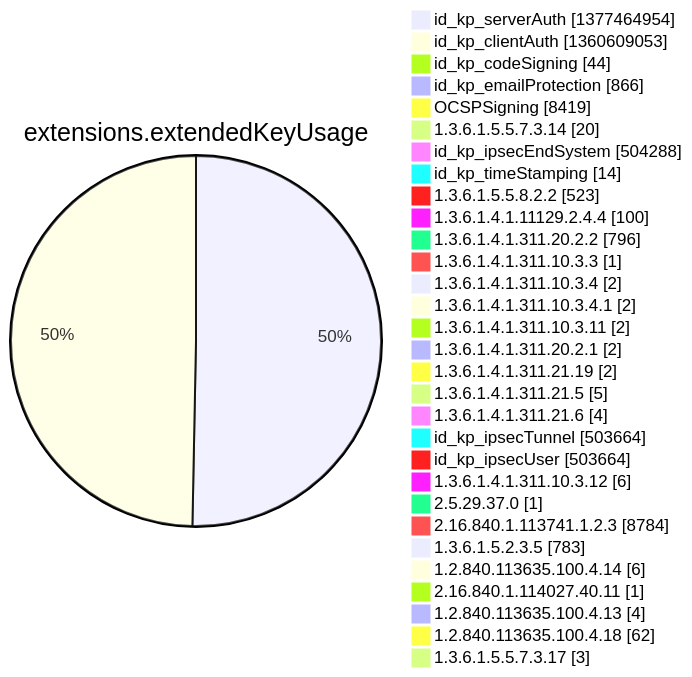
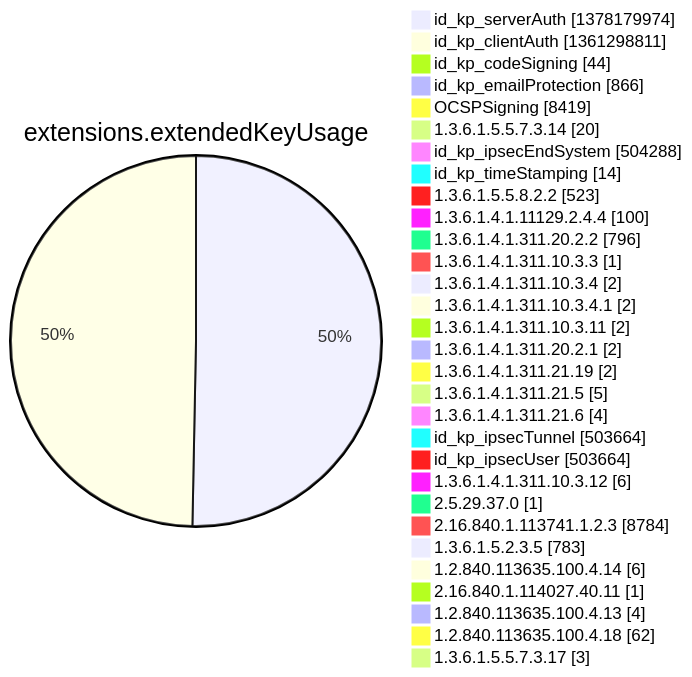
Diagram 12 of 15 in argon2022/README.md (christiankrug/ctmonitor_visualization), drawn with Mermaid before and after one commit. The commit also changed other lines of this file, not shown here.

````diff
--- a/argon2022/README.md
+++ b/argon2022/README.md
@@ -3553,34 +3554,34 @@
 ```mermaid
 pie showData
 title extensions.extendedKeyUsage
-"id_kp_serverAuth" :1377464954
-"id_kp_clientAuth" :1360609053
+"id_kp_serverAuth" :1378179974
+"id_kp_clientAuth" :1361298811
 "id_kp_codeSigning" :44
 "id_kp_emailProtection" :866
 "OCSPSigning" :8419
 "1.3.6.1.5.5.7.3.14" :20
 "id_kp_ipsecEndSystem" :504288
 "id_kp_timeStamping" :14
 "1.3.6.1.5.5.8.2.2" :523
 "1.3.6.1.4.1.11129.2.4.4" :100
 "1.3.6.1.4.1.311.20.2.2" :796
 "1.3.6.1.4.1.311.10.3.3" :1
 "1.3.6.1.4.1.311.10.3.4" :2
 "1.3.6.1.4.1.311.10.3.4.1" :2
 "1.3.6.1.4.1.311.10.3.11" :2
 "1.3.6.1.4.1.311.20.2.1" :2
 "1.3.6.1.4.1.311.21.19" :2
 "1.3.6.1.4.1.311.21.5" :5
 "1.3.6.1.4.1.311.21.6" :4
 "id_kp_ipsecTunnel" :503664
 "id_kp_ipsecUser" :503664
 "1.3.6.1.4.1.311.10.3.12" :6
 "2.5.29.37.0" :1
 "2.16.840.1.113741.1.2.3" :8784
 "1.3.6.1.5.2.3.5" :783
 "1.2.840.113635.100.4.14" :6
 "2.16.840.1.114027.40.11" :1
 "1.2.840.113635.100.4.13" :4
 "1.2.840.113635.100.4.18" :62
 "1.3.6.1.5.5.7.3.17" :3
 ```
````
